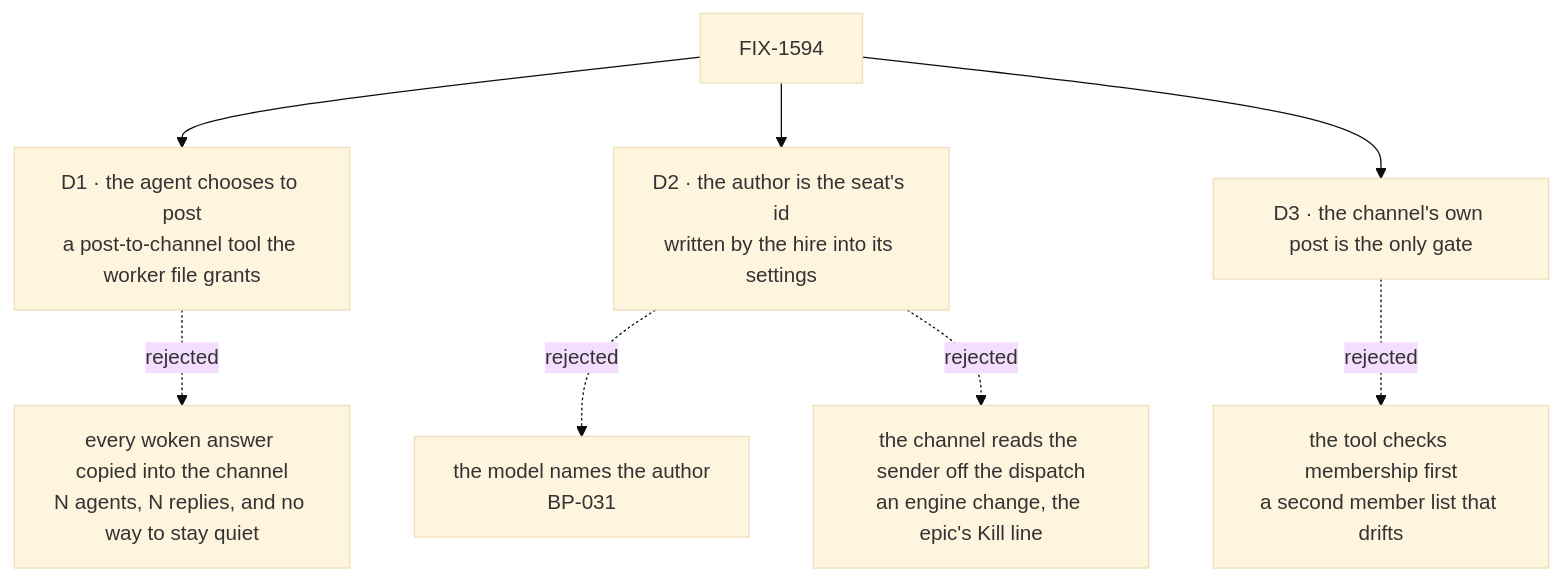
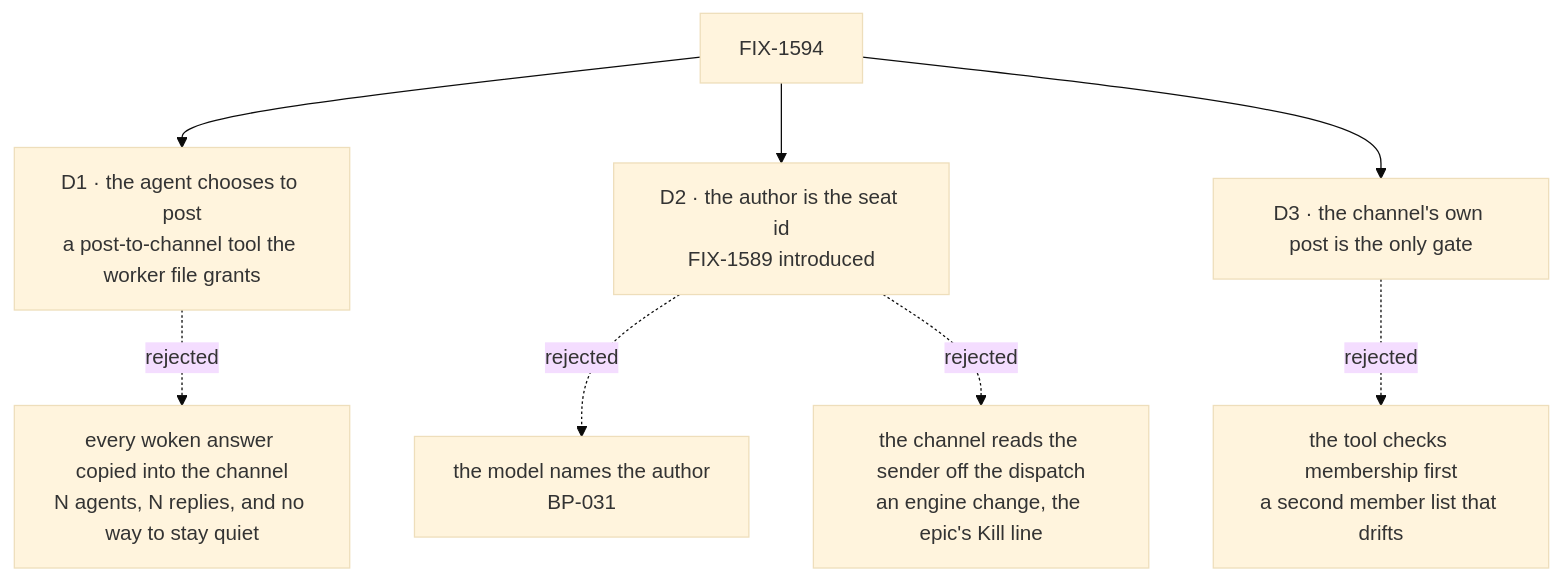
Before and after one commit to fixpoint-labs/flow-state-dev: the diagram in specs/issues/FIX-1594/DECISIONS.md, drawn with Mermaid (base theme). The commit also changed other lines of this file and 7 other files, not shown here.

````diff
--- a/specs/issues/FIX-1594/DECISIONS.md
+++ b/specs/issues/FIX-1594/DECISIONS.md
@@ -11,10 +11,10 @@
 ```mermaid
 flowchart TD
   I["FIX-1594"] --> D1["D1 · the agent chooses to post<br/>a post-to-channel tool the worker file grants"]
   D1 -.->|"rejected"| X1["every woken answer copied into the channel<br/>N agents, N replies, and no way to stay quiet"]
-  I --> D2["D2 · the author is the seat's id<br/>written by the hire into its settings"]
+  I --> D2["D2 · the author is the seat id<br/>FIX-1589 introduced"]
   D2 -.->|"rejected"| X2a["the model names the author<br/>BP-031"]
   D2 -.->|"rejected"| X2b["the channel reads the sender off the dispatch<br/>an engine change, the epic's Kill line"]
   I --> D3["D3 · the channel's own post is the only gate"]
   D3 -.->|"rejected"| X3["the tool checks membership first<br/>a second member list that drifts"]
 ```
````
